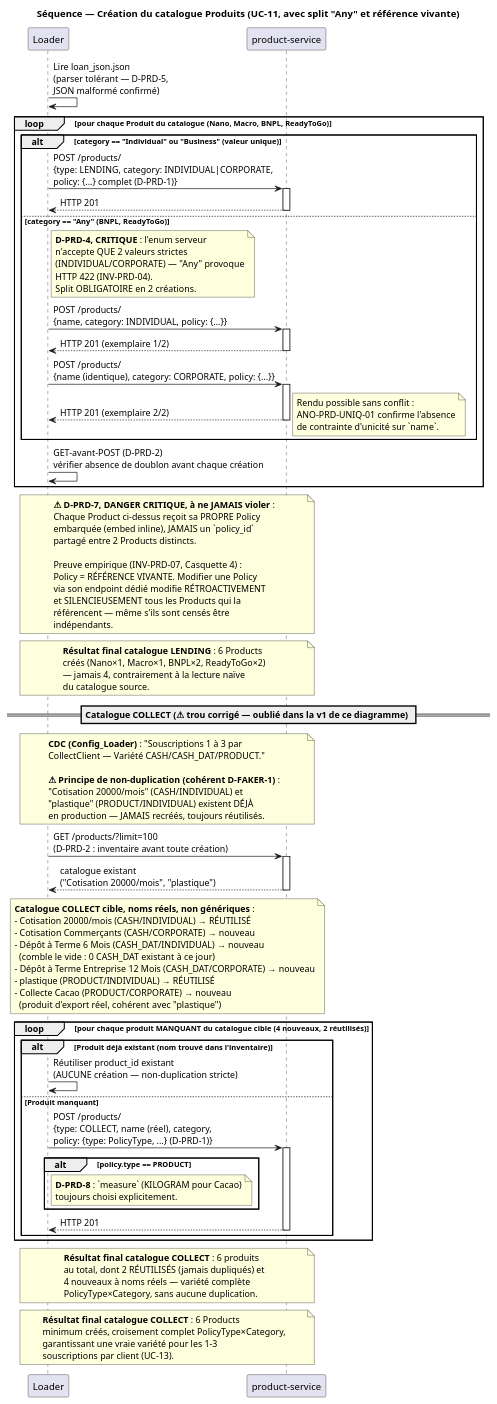
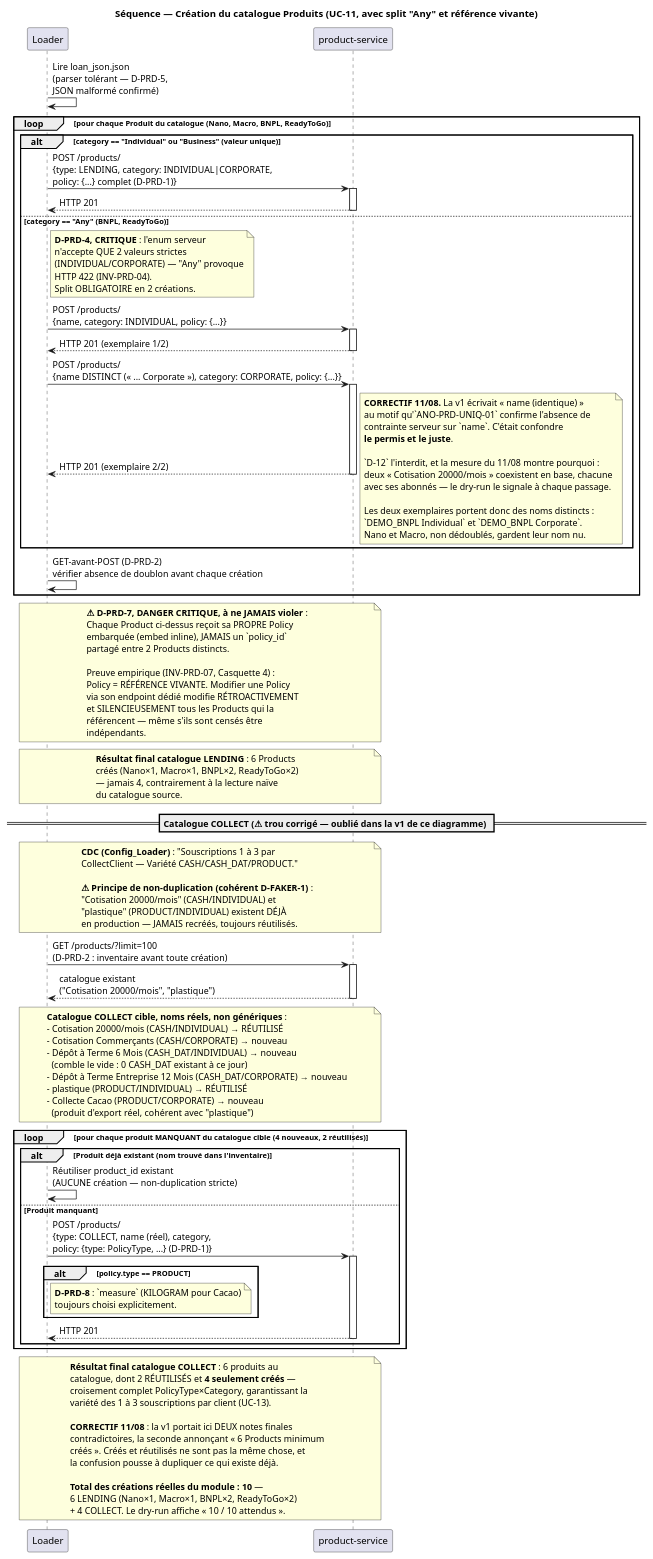
Before and after one commit to KuateAbdel/simulator-backend-loader: the diagram in docs/reference/uml_diagrams/08_sequence_product.puml, drawn with PlantUML. The commit also changed 3 other files, not shown here.

First line of the commit message:
fix(uml): revue des 5 diagrammes de sequence — un defaut de logique metier

```diff
--- a/docs/reference/uml_diagrams/08_sequence_product.puml
+++ b/docs/reference/uml_diagrams/08_sequence_product.puml
@@ -1,130 +1,141 @@
 @startuml Loader_FinZuu_Sequence_Product
 
 title Séquence — Création du catalogue Produits (UC-11, avec split "Any" et référence vivante)
 
 participant "Loader" as LDR
 participant "product-service" as PRD
 
 LDR -> LDR : Lire loan_json.json\n(parser tolérant — D-PRD-5,\nJSON malformé confirmé)
 
 loop pour chaque Produit du catalogue (Nano, Macro, BNPL, ReadyToGo)
 
   alt category == "Individual" ou "Business" (valeur unique)
     LDR -> PRD : POST /products/\n{type: LENDING, category: INDIVIDUAL|CORPORATE,\npolicy: {...} complet (D-PRD-1)}
     activate PRD
     PRD --> LDR : HTTP 201
     deactivate PRD
 
   else category == "Any" (BNPL, ReadyToGo)
     note right of LDR
       **D-PRD-4, CRITIQUE** : l'enum serveur
       n'accepte QUE 2 valeurs strictes
       (INDIVIDUAL/CORPORATE) — "Any" provoque
       HTTP 422 (INV-PRD-04).
       Split OBLIGATOIRE en 2 créations.
     end note
     LDR -> PRD : POST /products/\n{name, category: INDIVIDUAL, policy: {...}}
     activate PRD
     PRD --> LDR : HTTP 201 (exemplaire 1/2)
     deactivate PRD
-    LDR -> PRD : POST /products/\n{name (identique), category: CORPORATE, policy: {...}}
+    LDR -> PRD : POST /products/\n{name DISTINCT (« ... Corporate »), category: CORPORATE, policy: {...}}
     activate PRD
     PRD --> LDR : HTTP 201 (exemplaire 2/2)
     deactivate PRD
     note right
-      Rendu possible sans conflit :
-      ANO-PRD-UNIQ-01 confirme l'absence
-      de contrainte d'unicité sur `name`.
+      **CORRECTIF 11/08.** La v1 écrivait « name (identique) »
+      au motif qu'`ANO-PRD-UNIQ-01` confirme l'absence de
+      contrainte serveur sur `name`. C'était confondre
+      **le permis et le juste**.
+
+      `D-12` l'interdit, et la mesure du 11/08 montre pourquoi :
+      deux « Cotisation 20000/mois » coexistent en base, chacune
+      avec ses abonnés — le dry-run le signale à chaque passage.
+
+      Les deux exemplaires portent donc des noms distincts :
+      `DEMO_BNPL Individual` et `DEMO_BNPL Corporate`.
+      Nano et Macro, non dédoublés, gardent leur nom nu.
     end note
   end
 
   LDR -> LDR : GET-avant-POST (D-PRD-2)\nvérifier absence de doublon avant chaque création
 
 end
 
 note over LDR, PRD
   **⚠ D-PRD-7, DANGER CRITIQUE, à ne JAMAIS violer** :
   Chaque Product ci-dessus reçoit sa PROPRE Policy
   embarquée (embed inline), JAMAIS un `policy_id`
   partagé entre 2 Products distincts.
 
   Preuve empirique (INV-PRD-07, Casquette 4) :
   Policy = RÉFÉRENCE VIVANTE. Modifier une Policy
   via son endpoint dédié modifie RÉTROACTIVEMENT
   et SILENCIEUSEMENT tous les Products qui la
   référencent — même s'ils sont censés être
   indépendants.
 end note
 
 note over LDR, PRD
   **Résultat final catalogue LENDING** : 6 Products
   créés (Nano×1, Macro×1, BNPL×2, ReadyToGo×2)
   — jamais 4, contrairement à la lecture naïve
   du catalogue source.
 end note
 
 == Catalogue COLLECT (⚠ trou corrigé — oublié dans la v1 de ce diagramme) ==
 
 note over LDR, PRD
   **CDC (Config_Loader)** : "Souscriptions 1 à 3 par
   CollectClient — Variété CASH/CASH_DAT/PRODUCT."
 
   **⚠ Principe de non-duplication (cohérent D-FAKER-1)** :
   "Cotisation 20000/mois" (CASH/INDIVIDUAL) et
   "plastique" (PRODUCT/INDIVIDUAL) existent DÉJÀ
   en production — JAMAIS recréés, toujours réutilisés.
 end note
 
 LDR -> PRD : GET /products/?limit=100\n(D-PRD-2 : inventaire avant toute création)
 activate PRD
 PRD --> LDR : catalogue existant\n("Cotisation 20000/mois", "plastique")
 deactivate PRD
 
 note over LDR, PRD
   **Catalogue COLLECT cible, noms réels, non génériques** :
   - Cotisation 20000/mois (CASH/INDIVIDUAL) → RÉUTILISÉ
   - Cotisation Commerçants (CASH/CORPORATE) → nouveau
   - Dépôt à Terme 6 Mois (CASH_DAT/INDIVIDUAL) → nouveau
     (comble le vide : 0 CASH_DAT existant à ce jour)
   - Dépôt à Terme Entreprise 12 Mois (CASH_DAT/CORPORATE) → nouveau
   - plastique (PRODUCT/INDIVIDUAL) → RÉUTILISÉ
   - Collecte Cacao (PRODUCT/CORPORATE) → nouveau
     (produit d'export réel, cohérent avec "plastique")
 end note
 
 loop pour chaque produit MANQUANT du catalogue cible (4 nouveaux, 2 réutilisés)
 
   alt Produit déjà existant (nom trouvé dans l'inventaire)
     LDR -> LDR : Réutiliser product_id existant\n(AUCUNE création — non-duplication stricte)
   else Produit manquant
     LDR -> PRD : POST /products/\n{type: COLLECT, name (réel), category,\npolicy: {type: PolicyType, ...} (D-PRD-1)}
     activate PRD
 
     alt policy.type == PRODUCT
       note right of LDR
         **D-PRD-8** : `measure` (KILOGRAM pour Cacao)
         toujours choisi explicitement.
       end note
     end
 
     PRD --> LDR : HTTP 201
     deactivate PRD
   end
 
 end
 
 note over LDR, PRD
-  **Résultat final catalogue COLLECT** : 6 produits
-  au total, dont 2 RÉUTILISÉS (jamais dupliqués) et
-  4 nouveaux à noms réels — variété complète
-  PolicyType×Category, sans aucune duplication.
-end note
+  **Résultat final catalogue COLLECT** : 6 produits au
+  catalogue, dont 2 RÉUTILISÉS et **4 seulement créés** —
+  croisement complet PolicyType×Category, garantissant la
+  variété des 1 à 3 souscriptions par client (UC-13).
 
-note over LDR, PRD
-  **Résultat final catalogue COLLECT** : 6 Products
-  minimum créés, croisement complet PolicyType×Category,
-  garantissant une vraie variété pour les 1-3
-  souscriptions par client (UC-13).
+  **CORRECTIF 11/08** : la v1 portait ici DEUX notes finales
+  contradictoires, la seconde annonçant « 6 Products minimum
+  créés ». Créés et réutilisés ne sont pas la même chose, et
+  la confusion pousse à dupliquer ce qui existe déjà.
+
+  **Total des créations réelles du module : 10** —
+  6 LENDING (Nano×1, Macro×1, BNPL×2, ReadyToGo×2)
+  + 4 COLLECT. Le dry-run affiche « 10 / 10 attendus ».
 end note
 
 @enduml
```
